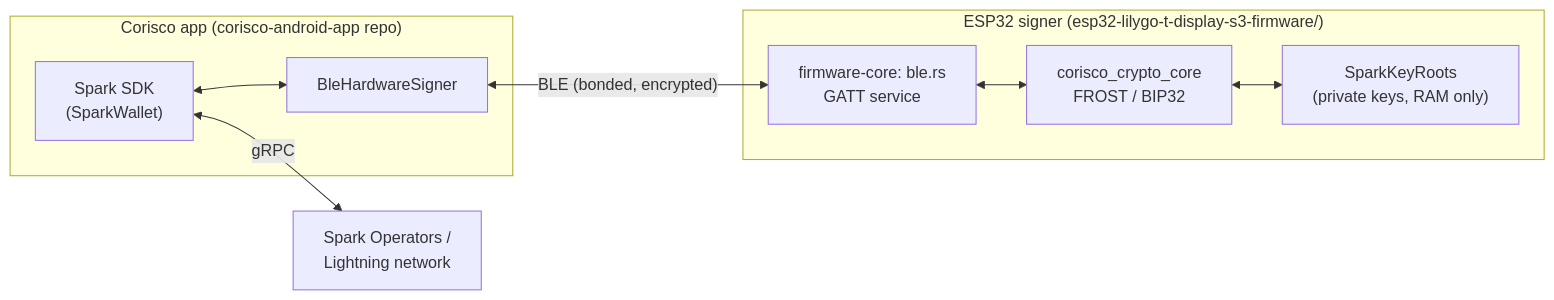
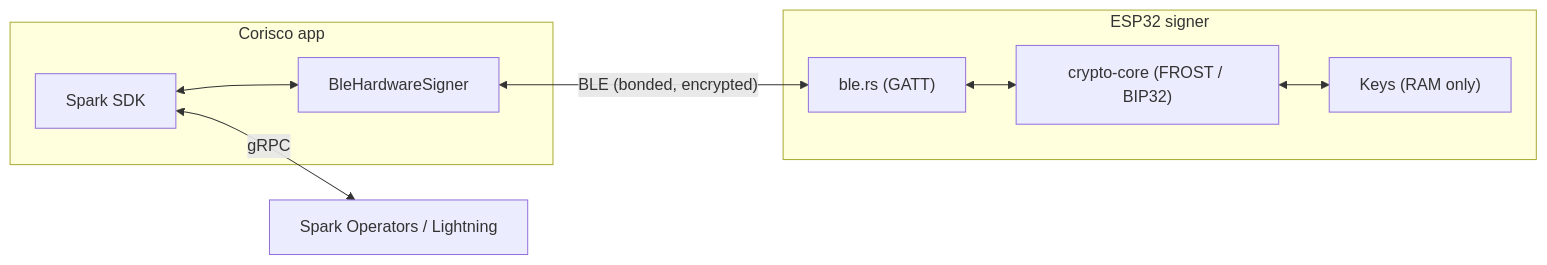
Before and after one commit to corisco-wallet/corisco-firmware: the diagram in docs/architecture.md, drawn with Mermaid. The commit also changed other lines of this file and 1 other file, not shown here.

Commit message:
docs: describe default-deny confirmation and simplify architecture (#18)

````diff
--- a/docs/architecture.md
+++ b/docs/architecture.md
@@ -14,19 +9,14 @@
 ```mermaid
 flowchart LR
-    subgraph Phone["Corisco app (corisco-android-app repo)"]
-        SDK["Spark SDK\n(SparkWallet)"]
-        Signer["BleHardwareSigner"]
-        SDK <--> Signer
+    subgraph Phone["Corisco app"]
+        SDK["Spark SDK"] <--> Signer["BleHardwareSigner"]
     end
-    subgraph Signer_HW["ESP32 signer (esp32-lilygo-t-display-s3-firmware/)"]
-        BLE["firmware-core: ble.rs\nGATT service"]
-        Core["corisco_crypto_core\nFROST / BIP32"]
-        Roots["SparkKeyRoots\n(private keys, RAM only)"]
-        BLE <--> Core
-        Core <--> Roots
+    subgraph HW["ESP32 signer"]
+        BLE["ble.rs (GATT)"] <--> Core["crypto-core (FROST / BIP32)"]
+        Core <--> Keys["Keys (RAM only)"]
     end
-    Net["Spark Operators /\nLightning network"]
+    Net["Spark Operators / Lightning"]
 
     Signer <-- "BLE (bonded, encrypted)" --> BLE
     SDK <-- "gRPC" --> Net
 ```
````
